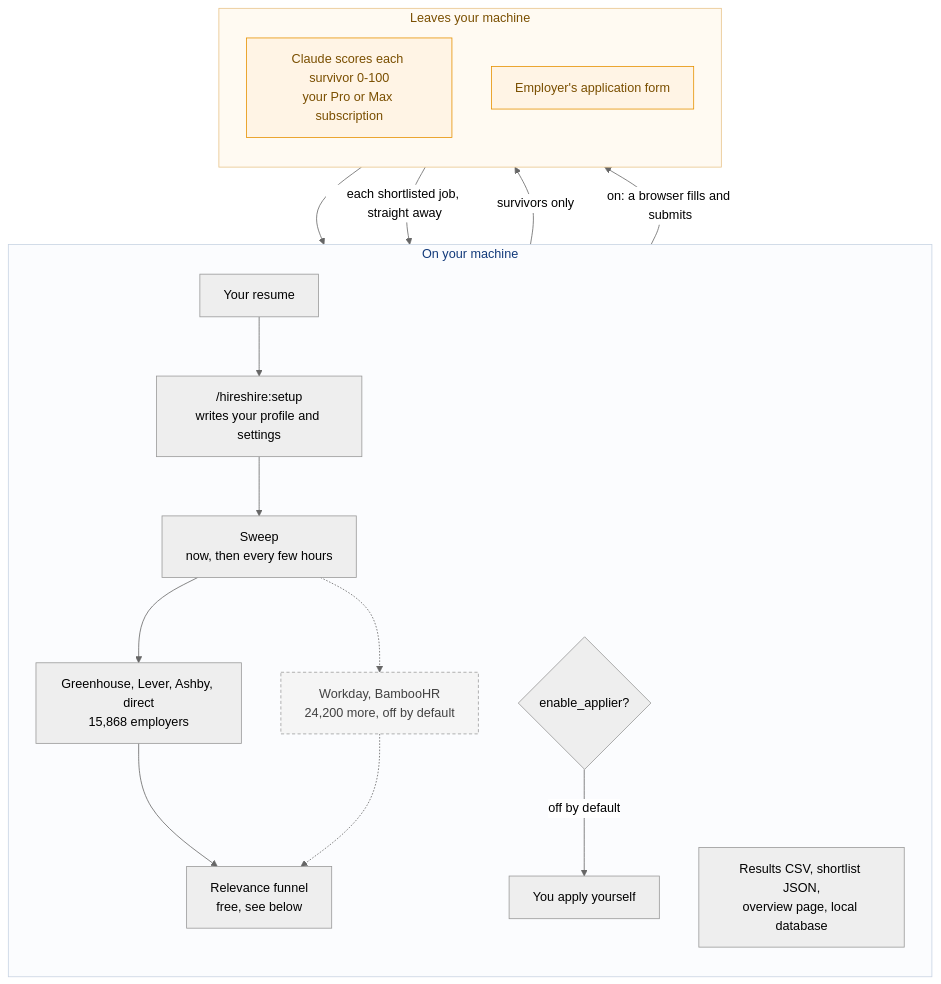
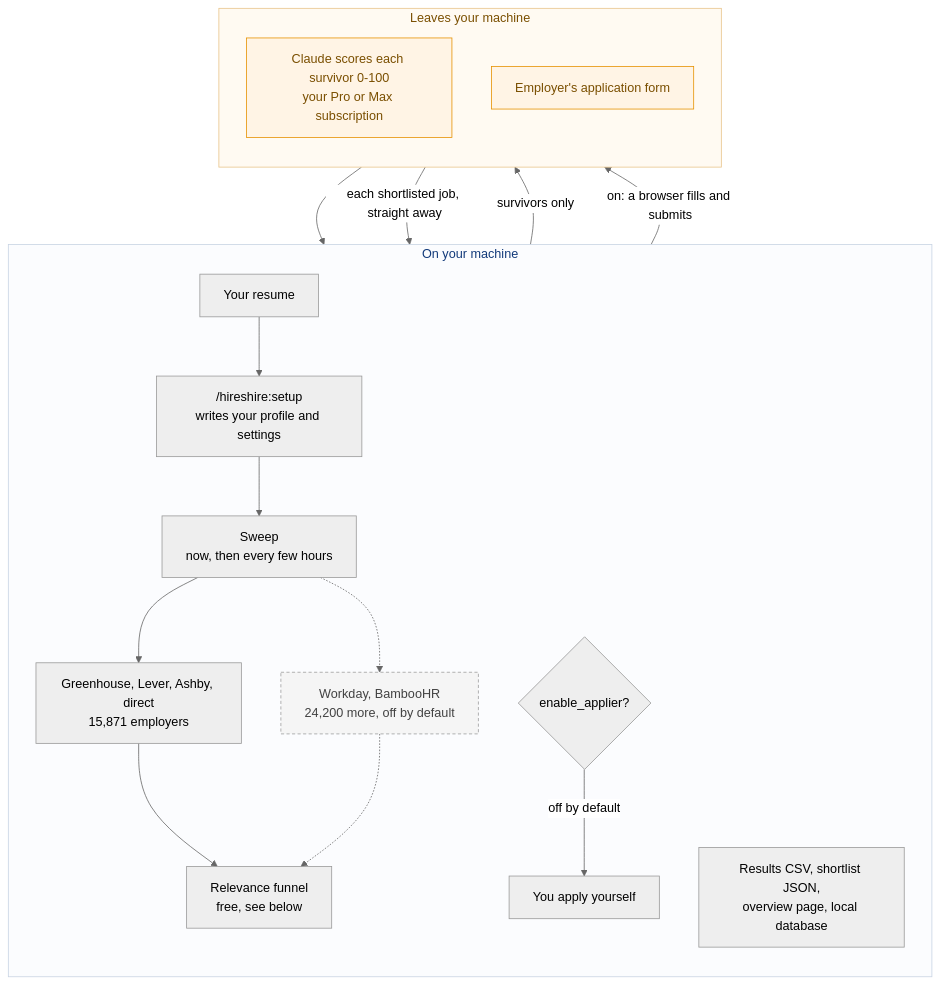
Before and after one commit to slowloris-98/HireShire-plugin: the first of 2 diagrams in docs/TECH_ARCH.md, drawn with Mermaid (neutral theme). The commit also changed 17 other files, not shown here.

````diff
--- a/docs/TECH_ARCH.md
+++ b/docs/TECH_ARCH.md
@@ -16,38 +16,38 @@
 ```mermaid
 flowchart TD
     subgraph local["On your machine"]
         direction TB
         R["Your resume"]
         SET["/hireshire:setup<br/>writes your profile and settings"]
         SWEEP["Sweep<br/>now, then every few hours"]
-        B1["Greenhouse, Lever, Ashby, direct<br/>15,868 employers"]
+        B1["Greenhouse, Lever, Ashby, direct<br/>15,871 employers"]
         B2["Workday, BambooHR<br/>24,200 more, off by default"]
         FUN["Relevance funnel<br/>free, see below"]
         OUT["Results CSV, shortlist JSON,<br/>overview page, local database"]
         APP{"enable_applier?"}
         YOU["You apply yourself"]
 
         R --> SET --> SWEEP
         SWEEP --> B1 --> FUN
         SWEEP -.-> B2 -.-> FUN
         APP -->|"off by default"| YOU
     end
 
     subgraph away["Leaves your machine"]
         direction TB
         CLAUDE["Claude scores each survivor 0-100<br/>your Pro or Max subscription"]
         EMP["Employer's application form"]
     end
 
     FUN -->|"survivors only"| CLAUDE
     CLAUDE --> OUT
     CLAUDE -->|"each shortlisted job, straight away"| APP
     APP -->|"on: a browser fills and submits"| EMP
 
     classDef off fill:#f5f5f5,stroke:#9e9e9e,color:#424242,stroke-dasharray:4 3
     classDef away fill:#fff4e5,stroke:#e69100,color:#7a4f00
     class B2 off
     class CLAUDE,EMP away
     style local fill:#fbfcfe,stroke:#c8d3e3,color:#123a7a
     style away fill:#fffaf2,stroke:#e8c48a,color:#7a4f00
 ```
````
